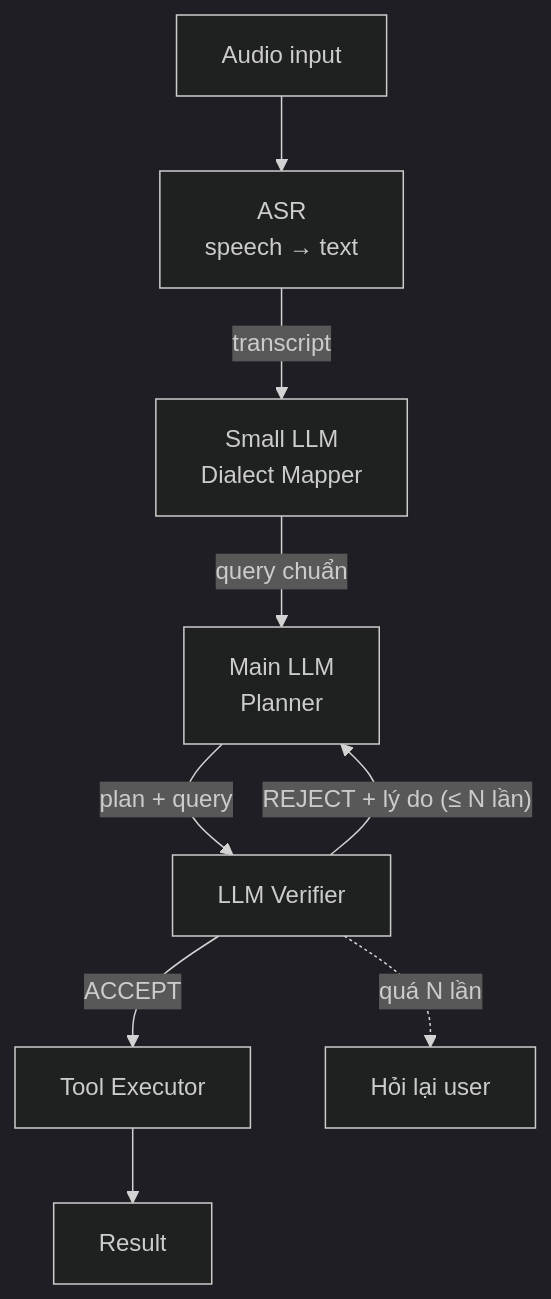
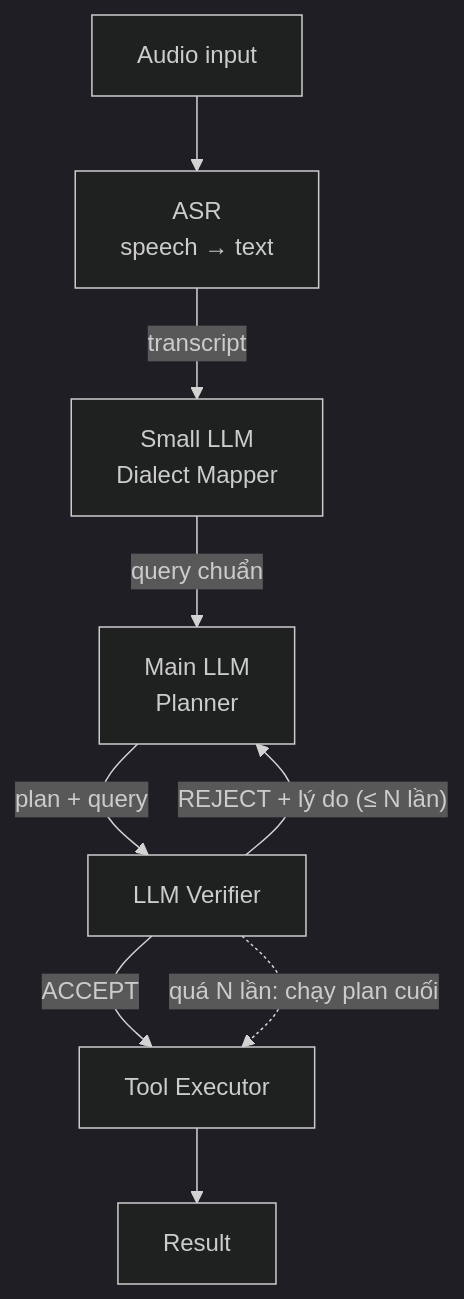
The diagram in PIPELINE.md (Bamboohoccode/ZAIC_2026), drawn with Mermaid (dark theme) before and after one commit. The commit also changed other lines of this file and 6 other files, not shown here.

````diff
--- a/PIPELINE.md
+++ b/PIPELINE.md
@@ -7,11 +7,11 @@
 ```mermaid
 flowchart TD
     A[Audio input] --> B[ASR<br/>speech → text]
     B -->|transcript| C[Small LLM<br/>Dialect Mapper]
     C -->|query chuẩn| D[Main LLM<br/>Planner]
     D -->|plan + query| E[LLM Verifier]
     E -- ACCEPT --> F[Tool Executor]
     E -- "REJECT + lý do (≤ N lần)" --> D
-    E -. "quá N lần" .-> U[Hỏi lại user]
+    E -. "quá N lần: chạy plan cuối" .-> F
     F --> G[Result]
 ```
````
